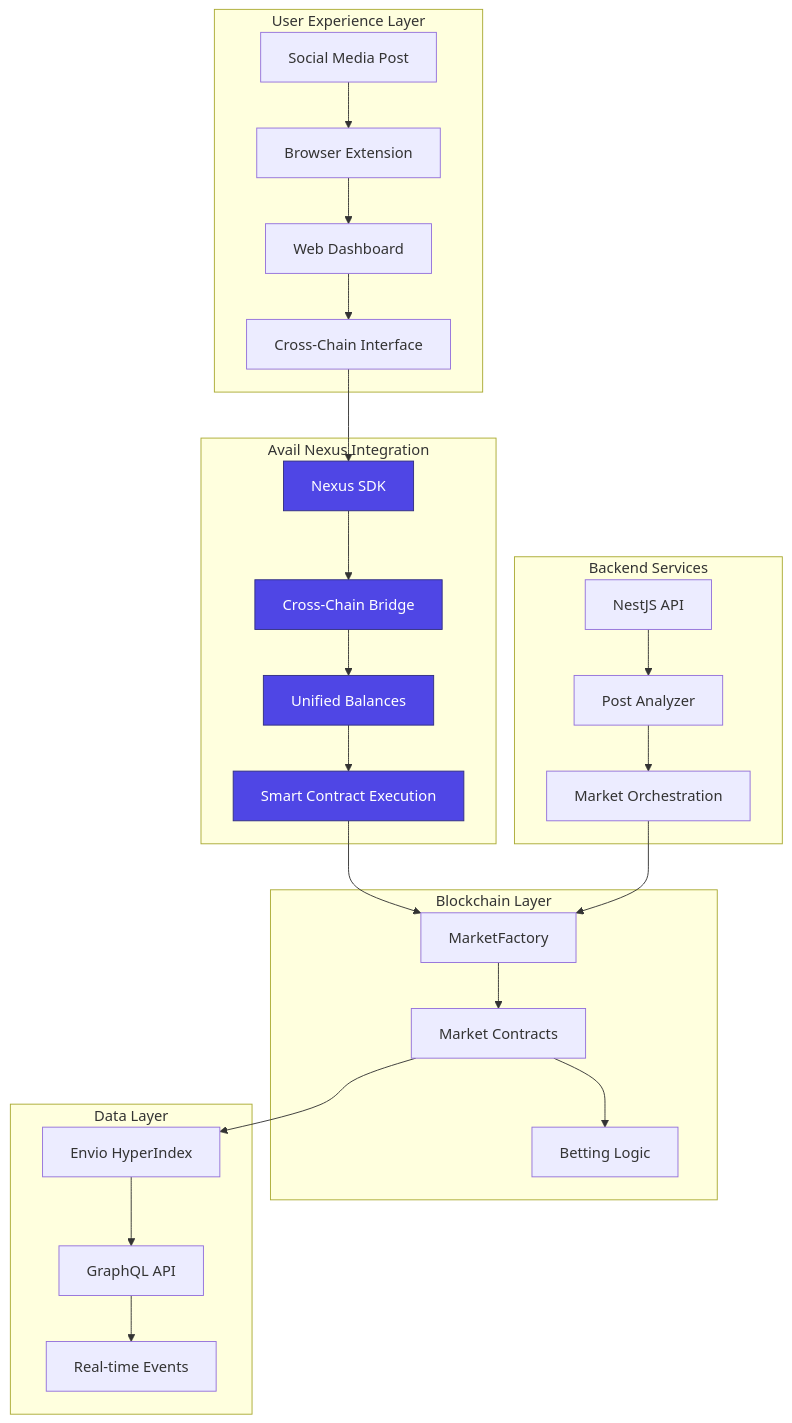
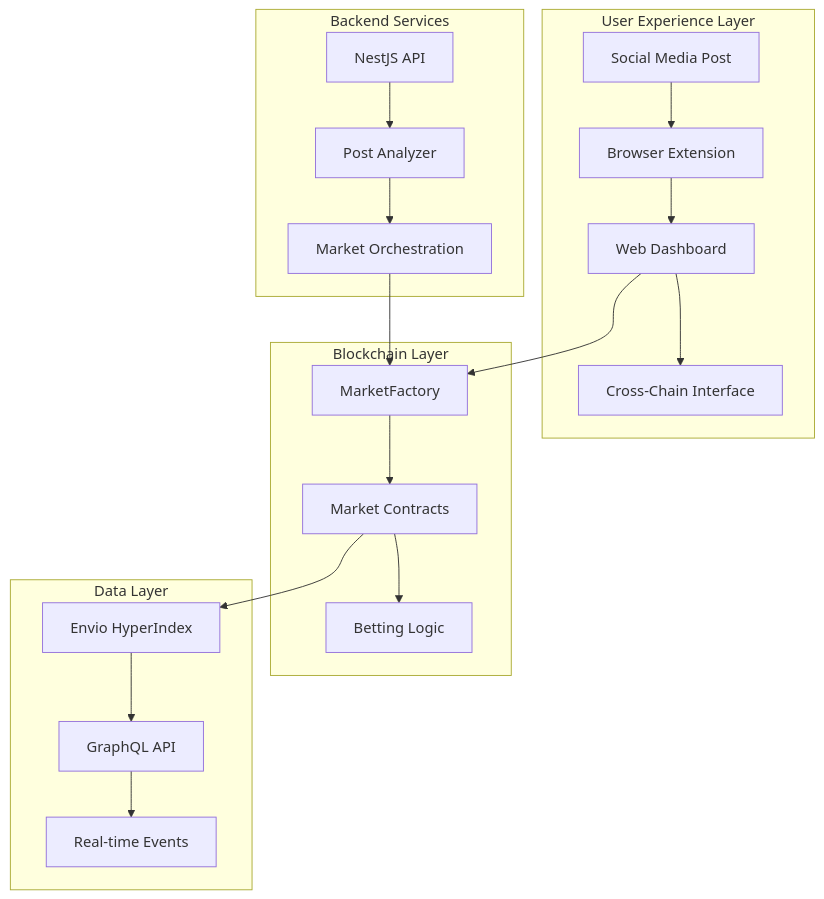
One commit to Aman035/POP changed the first of 4 diagrams in README.md. Above: the diagram before and after it, drawn with Mermaid. The commit also changed other lines of this file and 52 other files, not shown here.

````diff
--- a/README.md
+++ b/README.md
@@ -63,39 +61,27 @@
 ```mermaid
 flowchart TB
     subgraph "User Experience Layer"
         A[Social Media Post] --> B[Browser Extension]
         B --> C[Web Dashboard]
         C --> D[Cross-Chain Interface]
-    end
-
-    subgraph "Avail Nexus Integration"
-        E[Nexus SDK] --> F[Cross-Chain Bridge]
-        F --> G[Unified Balances]
-        G --> H[Smart Contract Execution]
     end
 
     subgraph "Backend Services"
         I[NestJS API] --> J[Post Analyzer]
         J --> K[Market Orchestration]
     end
 
     subgraph "Blockchain Layer"
         L[MarketFactory] --> M[Market Contracts]
         M --> N[Betting Logic]
     end
 
     subgraph "Data Layer"
         O[Envio HyperIndex] --> P[GraphQL API]
         P --> Q[Real-time Events]
     end
 
-    D --> E
-    H --> L
+    C --> L
     K --> L
     M --> O
-
-    style E fill:#4F46E5,stroke:#312E81,color:#fff
-    style F fill:#4F46E5,stroke:#312E81,color:#fff
-    style G fill:#4F46E5,stroke:#312E81,color:#fff
-    style H fill:#4F46E5,stroke:#312E81,color:#fff
 ```
````
